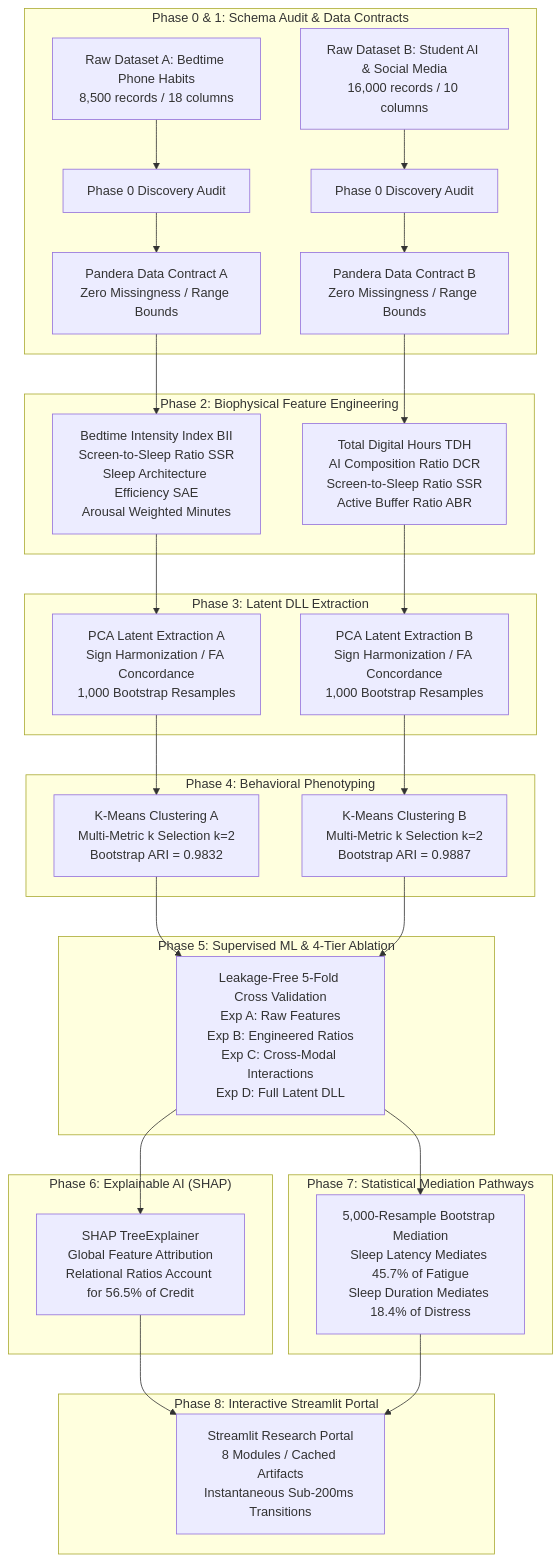
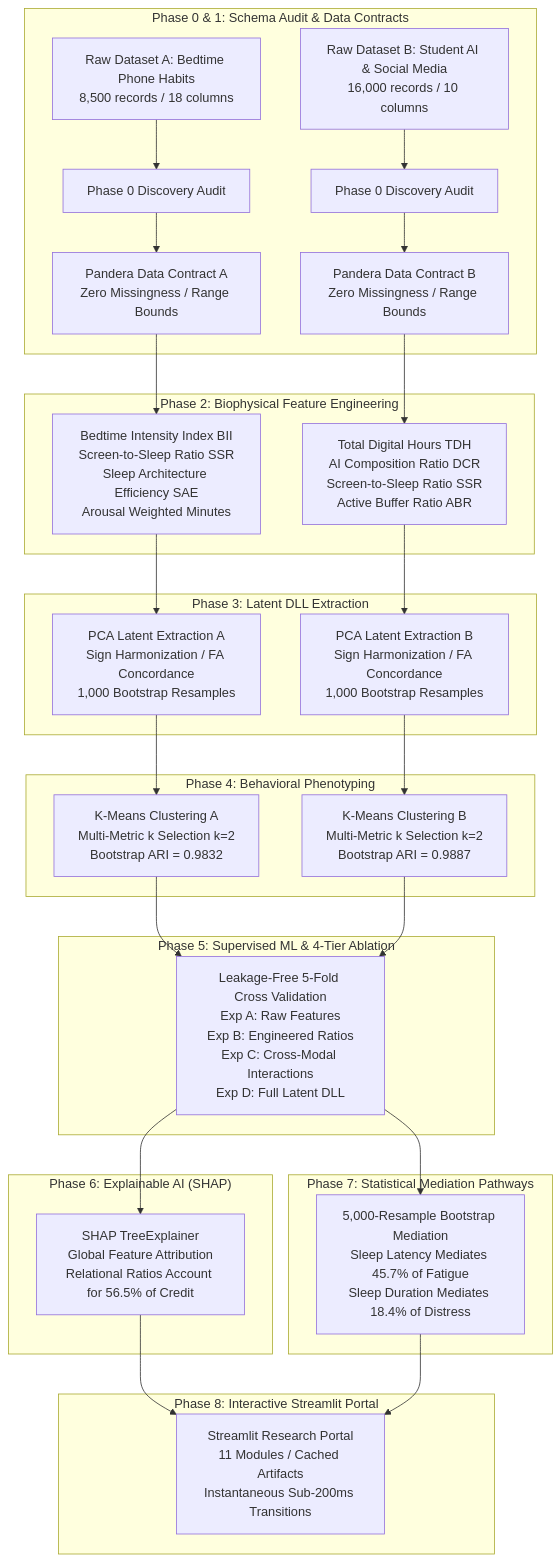
One commit to HarshkumarG007/DLSM changed the first of 4 diagrams in README.md. Above: the diagram before and after it, drawn with Mermaid. The commit also changed other lines of this file and 7 other files, not shown here.

Commit message:
feat(portal): add 16-week longitudinal simulator and Optuna Pareto frontier explorer (modules 10 & 11)

````diff
--- a/README.md
+++ b/README.md
@@ -231,40 +251,40 @@
 ```mermaid
 flowchart TD
     subgraph P0 ["Phase 0 & 1: Schema Audit & Data Contracts"]
         D1[Raw Dataset A: Bedtime Phone Habits<br/>8,500 records / 18 columns] --> PA[Phase 0 Discovery Audit]
         D2[Raw Dataset B: Student AI & Social Media<br/>16,000 records / 10 columns] --> PB[Phase 0 Discovery Audit]
         PA --> VA[Pandera Data Contract A<br/>Zero Missingness / Range Bounds]
         PB --> VB[Pandera Data Contract B<br/>Zero Missingness / Range Bounds]
     end
 
     subgraph P2 ["Phase 2: Biophysical Feature Engineering"]
         VA --> FE1[Bedtime Intensity Index BII<br/>Screen-to-Sleep Ratio SSR<br/>Sleep Architecture Efficiency SAE<br/>Arousal Weighted Minutes]
         VB --> FE2[Total Digital Hours TDH<br/>AI Composition Ratio DCR<br/>Screen-to-Sleep Ratio SSR<br/>Active Buffer Ratio ABR]
     end
 
     subgraph P3 ["Phase 3: Latent DLL Extraction"]
         FE1 --> PCA1[PCA Latent Extraction A<br/>Sign Harmonization / FA Concordance<br/>1,000 Bootstrap Resamples]
         FE2 --> PCA2[PCA Latent Extraction B<br/>Sign Harmonization / FA Concordance<br/>1,000 Bootstrap Resamples]
     end
 
     subgraph P4 ["Phase 4: Behavioral Phenotyping"]
         PCA1 --> CL1[K-Means Clustering A<br/>Multi-Metric k Selection k=2<br/>Bootstrap ARI = 0.9832]
         PCA2 --> CL2[K-Means Clustering B<br/>Multi-Metric k Selection k=2<br/>Bootstrap ARI = 0.9887]
     end
 
     subgraph P5 ["Phase 5: Supervised ML & 4-Tier Ablation"]
         CL1 & CL2 --> ABL[Leakage-Free 5-Fold Cross Validation<br/>Exp A: Raw Features<br/>Exp B: Engineered Ratios<br/>Exp C: Cross-Modal Interactions<br/>Exp D: Full Latent DLL]
     end
 
     subgraph P6 ["Phase 6: Explainable AI (SHAP)"]
         ABL --> SHAP[SHAP TreeExplainer<br/>Global Feature Attribution<br/>Relational Ratios Account for 56.5% of Credit]
     end
 
     subgraph P7 ["Phase 7: Statistical Mediation Pathways"]
         ABL --> MED[5,000-Resample Bootstrap Mediation<br/>Sleep Latency Mediates 45.7% of Fatigue<br/>Sleep Duration Mediates 18.4% of Distress]
     end
 
     subgraph P8 ["Phase 8: Interactive Streamlit Portal"]
-        SHAP & MED --> UI[Streamlit Research Portal<br/>8 Modules / Cached Artifacts<br/>Instantaneous Sub-200ms Transitions]
+        SHAP & MED --> UI[Streamlit Research Portal<br/>11 Modules / Cached Artifacts<br/>Instantaneous Sub-200ms Transitions]
     end
 ```
````
